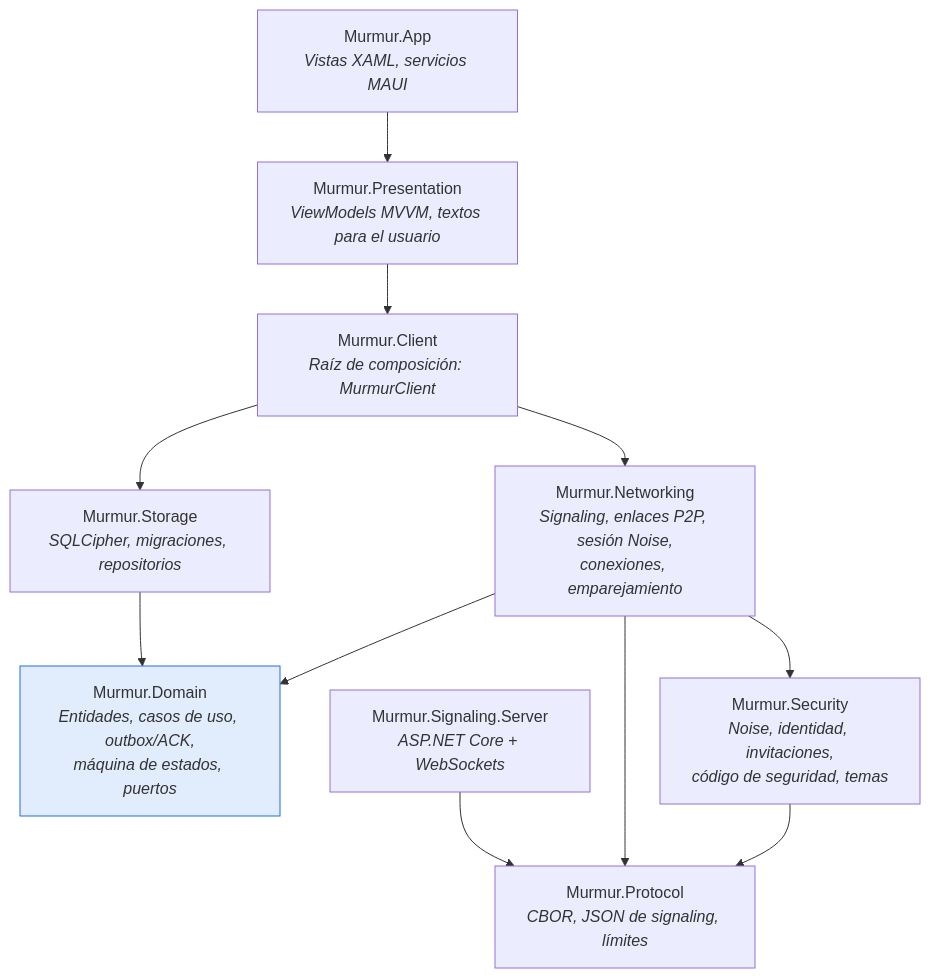
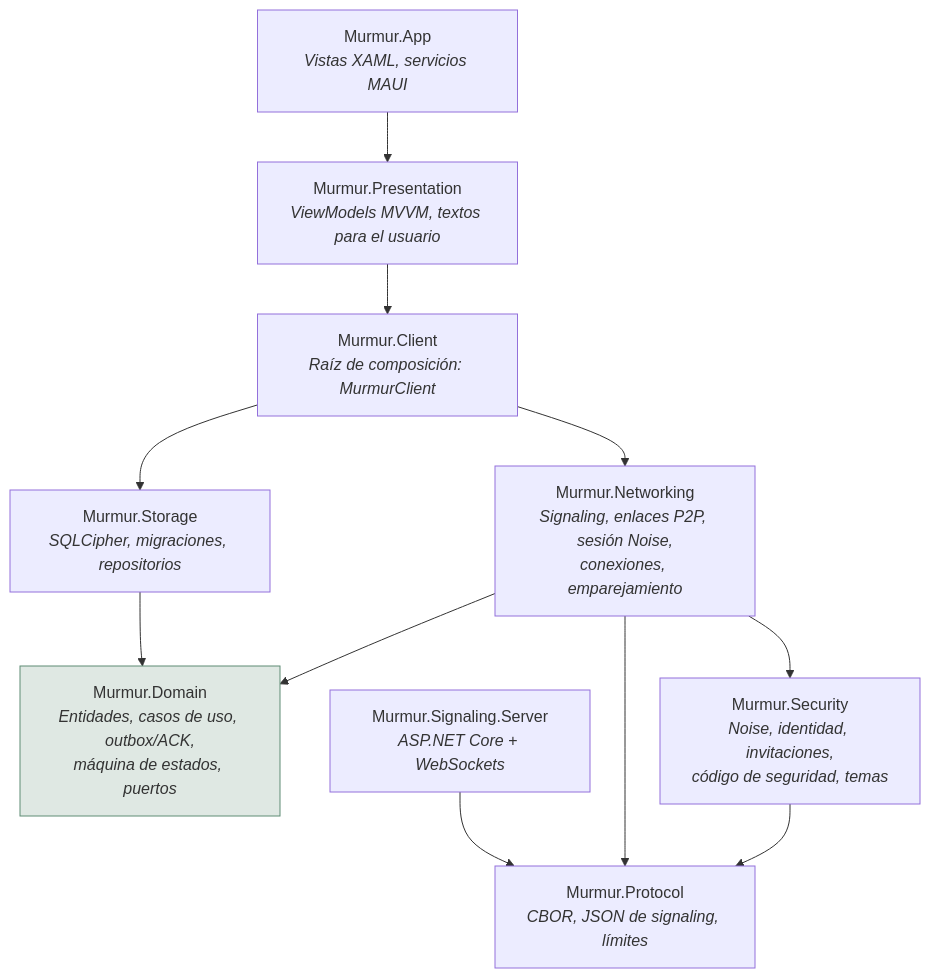
One commit to fsoftt/Murmur changed the first of 4 diagrams in website/es/guide/architecture.md. Above: the diagram before and after it, drawn with Mermaid. The commit also changed 10 other files, not shown here.

````diff
--- a/website/es/guide/architecture.md
+++ b/website/es/guide/architecture.md
@@ -8,16 +8,16 @@
 ```mermaid
 flowchart TB
     App["Murmur.App<br/><i>Vistas XAML, servicios MAUI</i>"] --> Presentation
     Presentation["Murmur.Presentation<br/><i>ViewModels MVVM, textos para el usuario</i>"] --> Client
     Client["Murmur.Client<br/><i>Raíz de composición: MurmurClient</i>"] --> Networking & Storage
     Networking["Murmur.Networking<br/><i>Signaling, enlaces P2P, sesión Noise,<br/>conexiones, emparejamiento</i>"] --> Domain & Security
     Storage["Murmur.Storage<br/><i>SQLCipher, migraciones, repositorios</i>"] --> Domain
     Security["Murmur.Security<br/><i>Noise, identidad, invitaciones,<br/>código de seguridad, temas</i>"] --> Protocol
     Networking --> Protocol
     Protocol["Murmur.Protocol<br/><i>CBOR, JSON de signaling, límites</i>"]
     Domain["Murmur.Domain<br/><i>Entidades, casos de uso, outbox/ACK,<br/>máquina de estados, puertos</i>"]
     Server["Murmur.Signaling.Server<br/><i>ASP.NET Core + WebSockets</i>"] --> Protocol
 
-    classDef core fill:#1f6feb22,stroke:#1f6feb
+    classDef core fill:#5E8C7433,stroke:#5E8C74
     class Domain core
 ```
````
